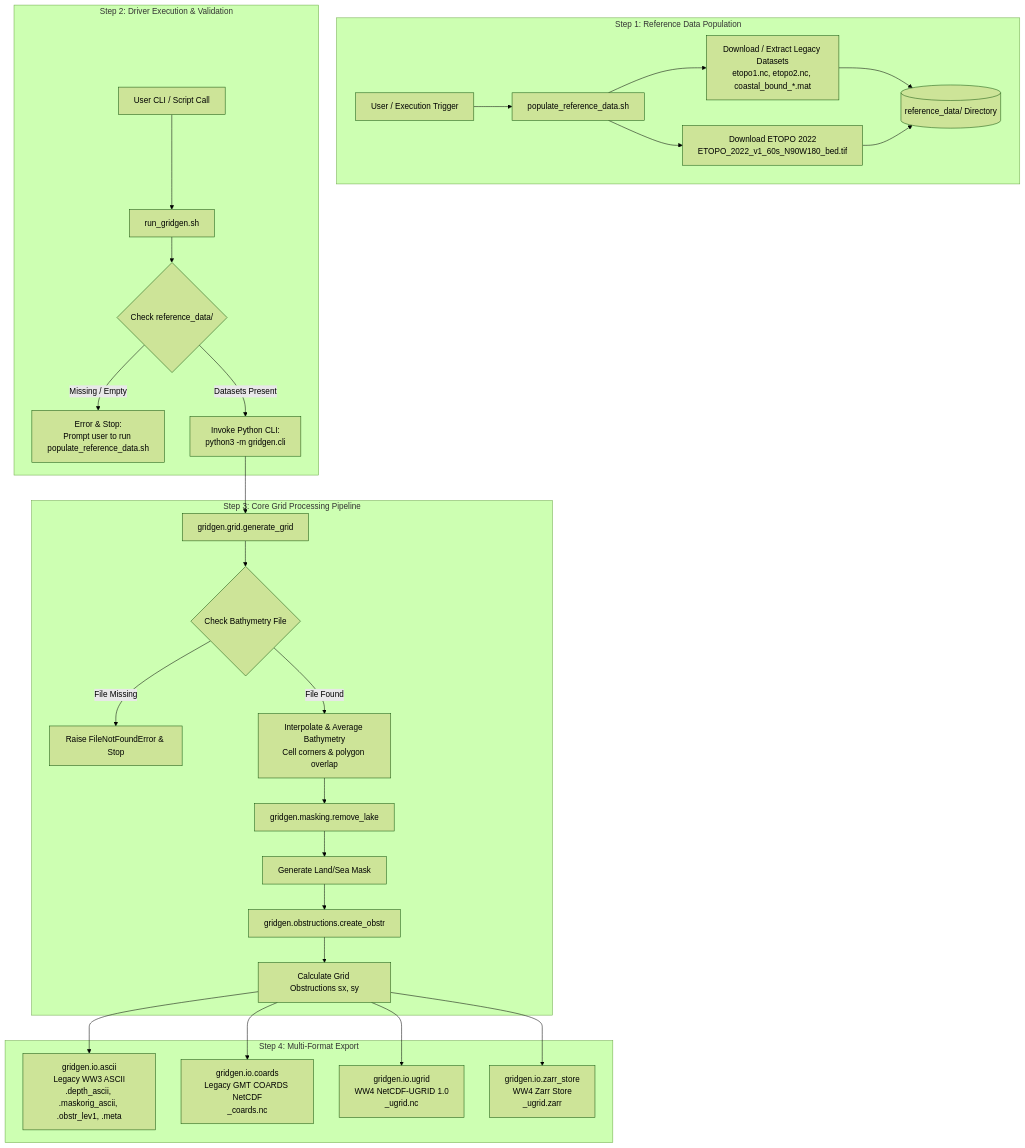
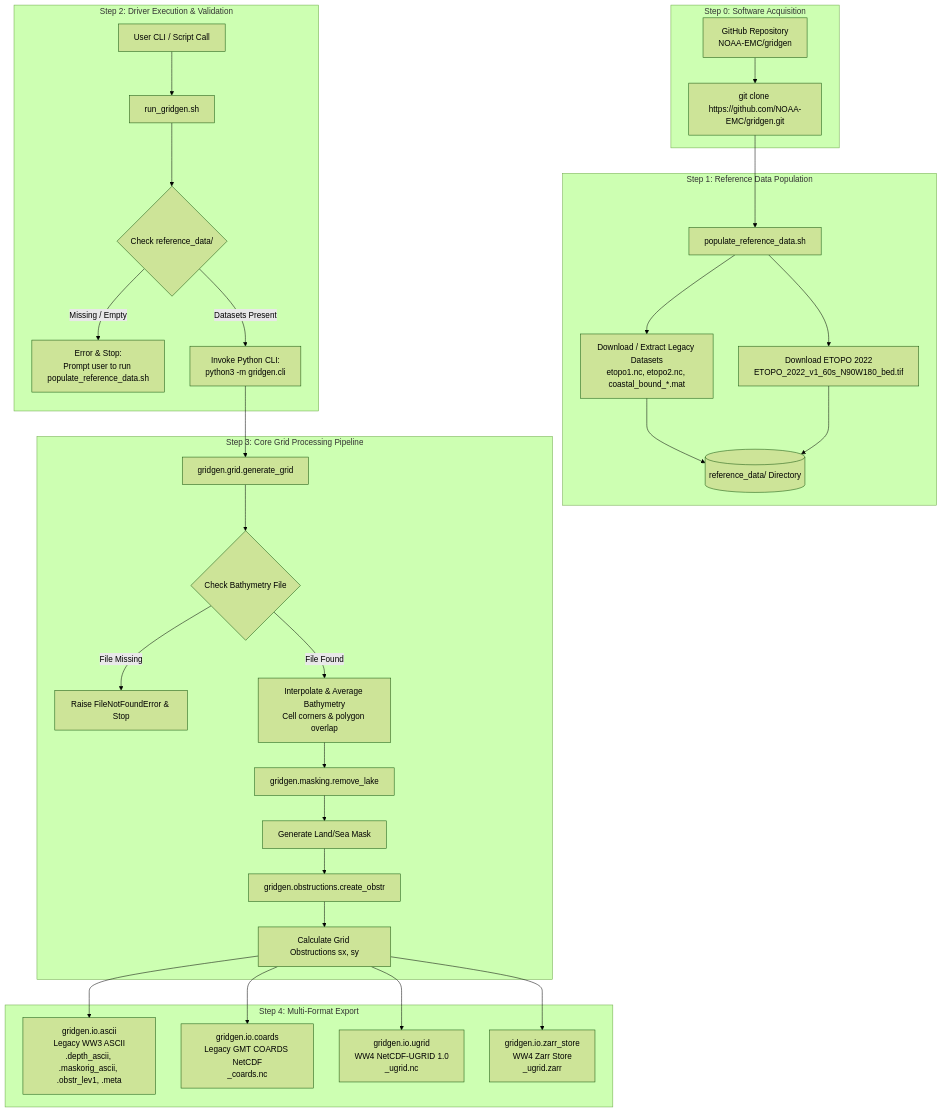
Before and after one commit to HendrikTolman-NOAA/gridgen: the diagram in ARCHITECTURE.md, drawn with Mermaid (forest theme). The commit also changed other lines of this file and 6 other files, not shown here.

First line of the commit message:
Add grid visualization script and update architecture documentation

````diff
--- a/ARCHITECTURE.md
+++ b/ARCHITECTURE.md
@@ -9,37 +9,43 @@
 ```mermaid
 flowchart TD
+    subgraph Step 0: Software Acquisition
+        A0[GitHub Repository<br/>NOAA-EMC/gridgen] --> A1[git clone https://github.com/NOAA-EMC/gridgen.git]
+    end
+
     subgraph Step 1: Reference Data Population
-        A[User / Execution Trigger] --> B[populate_reference_data.sh]
+        B[populate_reference_data.sh]
         B --> C1[Download / Extract Legacy Datasets<br/>etopo1.nc, etopo2.nc, coastal_bound_*.mat]
         B --> C2[Download ETOPO 2022<br/>ETOPO_2022_v1_60s_N90W180_bed.tif]
         C1 --> D[(reference_data/ Directory)]
         C2 --> D
     end
+
+    A1 --> B
 
     subgraph Step 2: Driver Execution & Validation
         E[User CLI / Script Call] --> F[run_gridgen.sh]
         F --> G{Check reference_data/}
         G -- Missing / Empty --> H[Error & Stop:<br/>Prompt user to run populate_reference_data.sh]
         G -- Datasets Present --> I[Invoke Python CLI:<br/>python3 -m gridgen.cli]
     end
 
     subgraph Step 3: Core Grid Processing Pipeline
         I --> J[gridgen.grid.generate_grid]
         J --> K{Check Bathymetry File}
         K -- File Missing --> L[Raise FileNotFoundError & Stop]
         K -- File Found --> M[Interpolate & Average Bathymetry<br/>Cell corners & polygon overlap]
 
         M --> N[gridgen.masking.remove_lake]
         N --> O[Generate Land/Sea Mask]
 
         O --> P[gridgen.obstructions.create_obstr]
         P --> Q[Calculate Grid Obstructions sx, sy]
     end
 
     subgraph Step 4: Multi-Format Export
         Q --> R1[gridgen.io.ascii<br/>Legacy WW3 ASCII<br/>.depth_ascii, .maskorig_ascii, .obstr_lev1, .meta]
         Q --> R2[gridgen.io.coards<br/>Legacy GMT COARDS NetCDF<br/>_coards.nc]
         Q --> R3[gridgen.io.ugrid<br/>WW4 NetCDF-UGRID 1.0<br/>_ugrid.nc]
         Q --> R4[gridgen.io.zarr_store<br/>WW4 Zarr Store<br/>_ugrid.zarr]
     end
 ```
````
